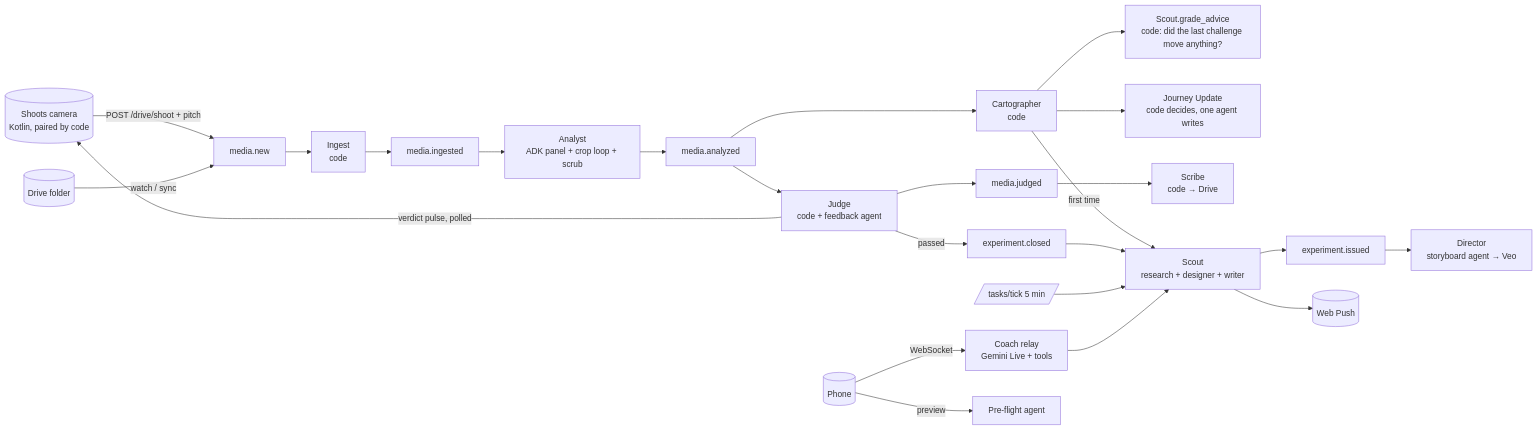
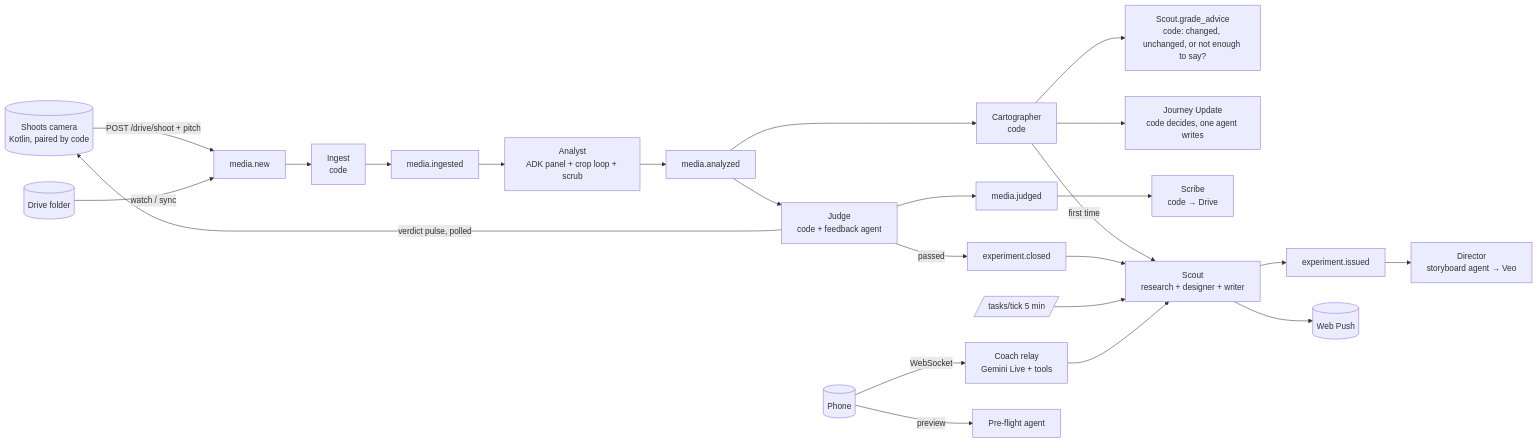
One commit to fikri2992/shoots changed the first of 2 diagrams in docs/agents.md. Above: the diagram before and after it, drawn with Mermaid. The commit also changed other lines of this file and 7 other files, not shown here.

````diff
--- a/docs/agents.md
+++ b/docs/agents.md
@@ -45,26 +45,26 @@
 ```mermaid
 flowchart LR
   CAM[(Shoots camera<br/>Kotlin, paired by code)] -->|POST /drive/shoot + pitch| NEW
   D[(Drive folder)] -->|watch / sync| NEW[media.new]
   NEW --> ING[Ingest<br/>code]
   ING --> INGD[media.ingested]
   INGD --> AN[Analyst<br/>ADK panel + crop loop + scrub]
   AN --> ANZ[media.analyzed]
   ANZ --> CART[Cartographer<br/>code]
-  CART --> GRADE[Scout.grade_advice<br/>code: did the last challenge move anything?]
+  CART --> GRADE[Scout.grade_advice<br/>code: changed, unchanged, or not enough to say?]
   CART --> JU[Journey Update<br/>code decides, one agent writes]
   ANZ --> JUD[Judge<br/>code + feedback agent]
   JUD --> JUDG[media.judged]
   JUDG --> SCR[Scribe<br/>code → Drive]
   JUD -->|passed| QC[experiment.closed]
   CART -->|first time| SC
   QC --> SC[Scout<br/>research + designer + writer]
   TICK[/tasks/tick 5 min/] --> SC
   SC --> QI[experiment.issued]
   QI --> DIR[Director<br/>storyboard agent → Veo]
   SC --> PUSH[(Web Push)]
   JUD -->|verdict pulse, polled| CAM
   PH[(Phone)] -->|WebSocket| COACH[Coach relay<br/>Gemini Live + tools]
   COACH --> SC
   PH -->|preview| PRE[Pre-flight agent]
 ```
````
